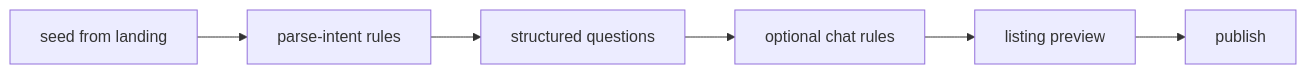
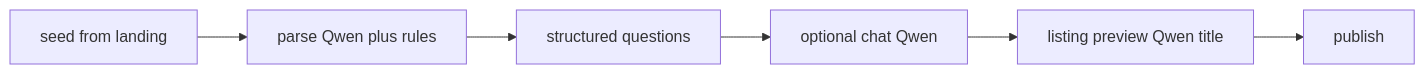
Before and after one commit to sasanappstore2/NiazFinder-main: the diagram in docs/NEED_INTAKE.md, drawn with Mermaid. The commit also changed other lines of this file and 555 other files, not shown here.

````diff
--- a/docs/NEED_INTAKE.md
+++ b/docs/NEED_INTAKE.md
@@ -5,10 +5,10 @@
 ```mermaid
 flowchart LR
   seed[seed from landing]
-  parse[parse-intent rules]
+  parse[parse Qwen plus rules]
   questions[structured questions]
-  chat[optional chat rules]
-  preview[listing preview]
+  chat[optional chat Qwen]
+  preview[listing preview Qwen title]
   publish[publish]
   seed --> parse --> questions --> chat --> preview --> publish
 ```
````
